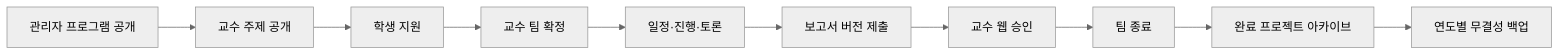
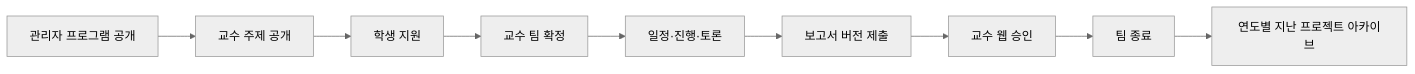
The second of 2 diagrams in README.md (2026-PNU-AI-StudyGroup/2026-pnuai-studygroup-01), drawn with Mermaid (neutral theme) before and after one commit. The commit also changed other lines of this file and 18 other files, not shown here.

Commit message:
feat: 연도별 지난 프로젝트 아카이브 구축

````diff
--- a/README.md
+++ b/README.md
@@ -59,12 +59,11 @@
 ```mermaid
 flowchart LR
     Program["관리자 프로그램 공개"] --> Topic["교수 주제 공개"]
     Topic --> Apply["학생 지원"]
     Apply --> Confirm["교수 팀 확정"]
     Confirm --> Work["일정·진행·토론"]
     Work --> Report["보고서 버전 제출"]
     Report --> Approval["교수 웹 승인"]
     Approval --> Close["팀 종료"]
-    Close --> Archive["완료 프로젝트 아카이브"]
-    Archive --> Backup["연도별 무결성 백업"]
+    Close --> Archive["연도별 지난 프로젝트 아카이브"]
 ```
````
